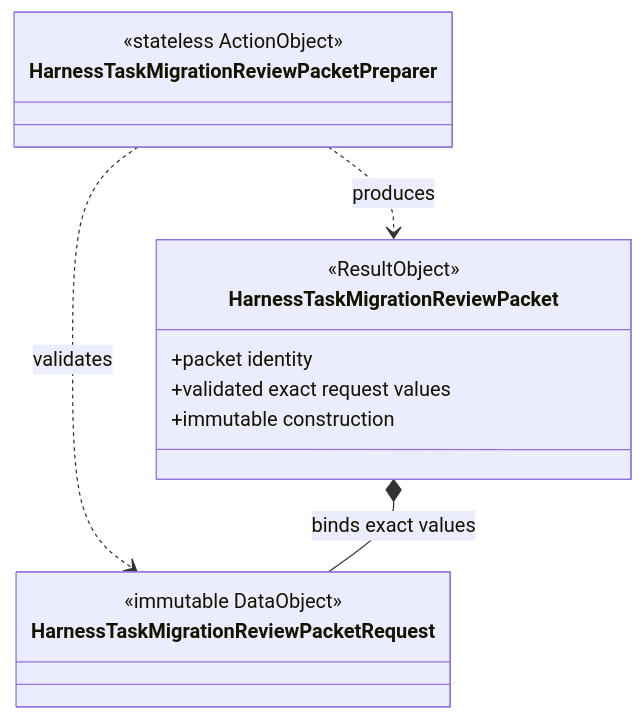
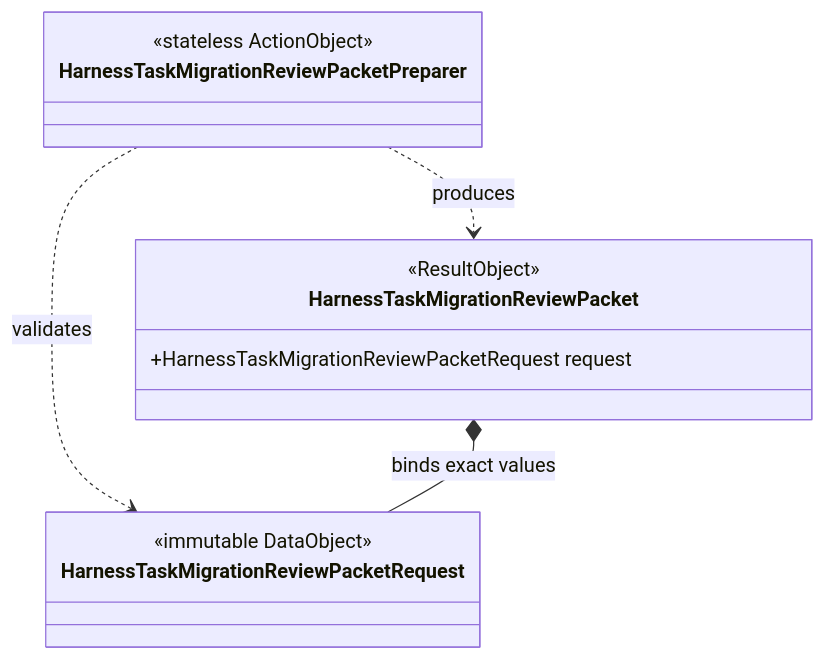
Before and after one commit to eragasa/ksdft2effmass: diagram 17 of 20 in docs/harness/ksdft2effmass.harness.002.001.010.md, drawn with Mermaid. The commit also changed other lines of this file and 10 other files, not shown here.

Commit message:
prepare HarnessTask contract acceptance review

````diff
--- a/docs/harness/ksdft2effmass.harness.002.001.010.md
+++ b/docs/harness/ksdft2effmass.harness.002.001.010.md
@@ -590,18 +649,16 @@
 ```mermaid
 classDiagram
     class HarnessTaskMigrationReviewPacket {
         <<ResultObject>>
-        +packet identity
-        +validated exact request values
-        +immutable construction
+        +HarnessTaskMigrationReviewPacketRequest request
     }
     class HarnessTaskMigrationReviewPacketRequest {
         <<immutable DataObject>>
     }
     class HarnessTaskMigrationReviewPacketPreparer {
         <<stateless ActionObject>>
     }
     HarnessTaskMigrationReviewPacketPreparer ..> HarnessTaskMigrationReviewPacketRequest : validates
     HarnessTaskMigrationReviewPacketPreparer ..> HarnessTaskMigrationReviewPacket : produces
     HarnessTaskMigrationReviewPacket *-- HarnessTaskMigrationReviewPacketRequest : binds exact values
 ```
````
